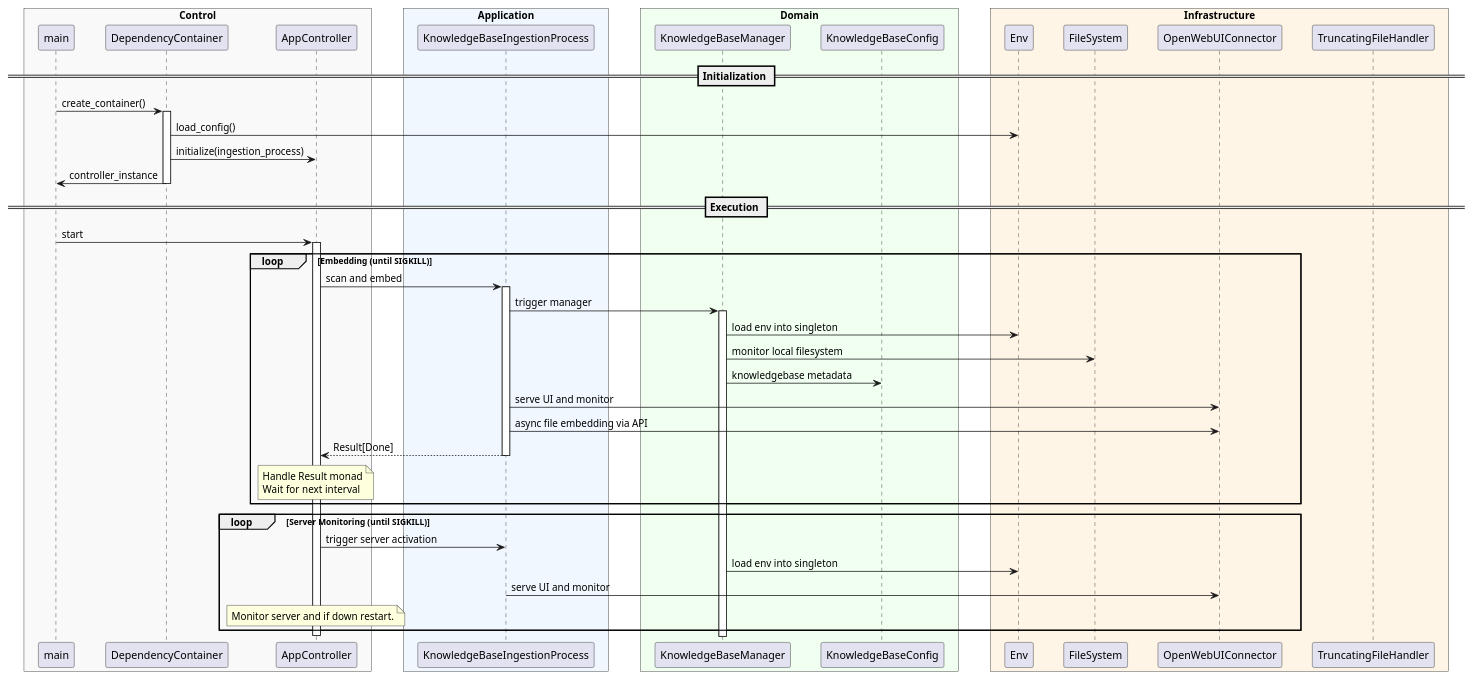
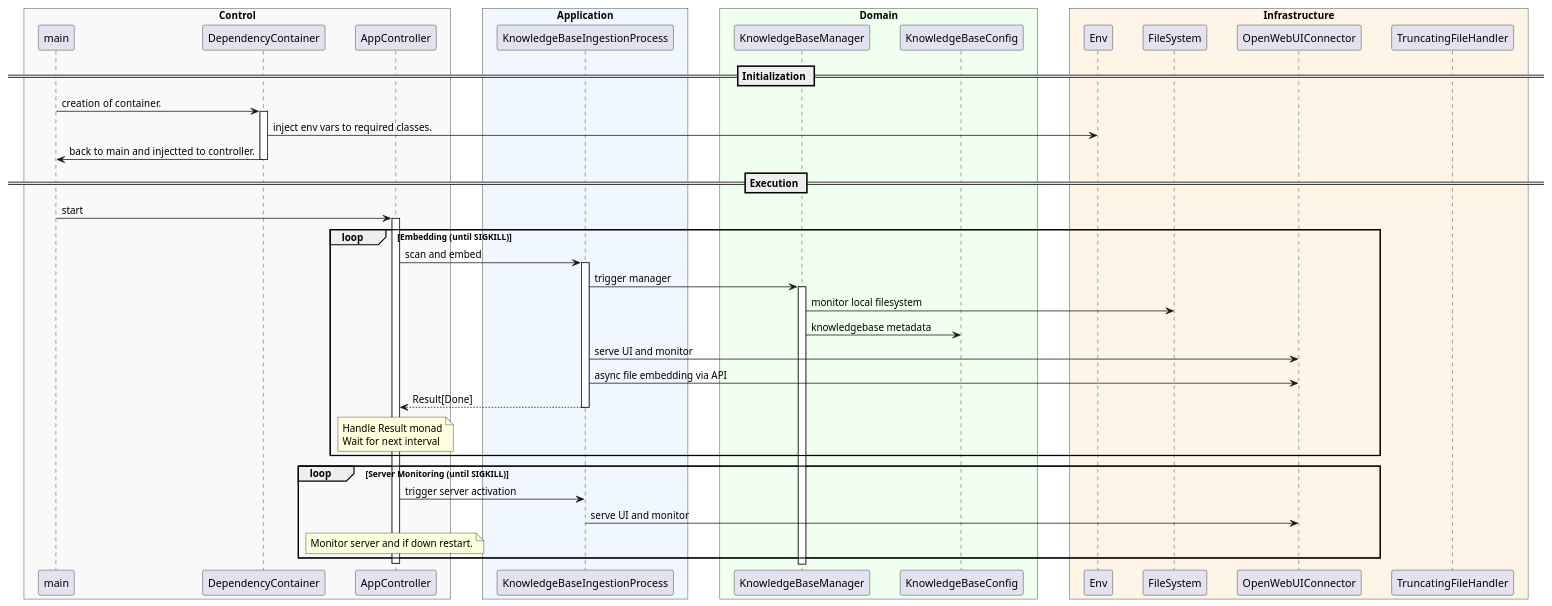
Before and after one commit to CCathlete/PwC_J-ppinen_Ltd_AI_Assistant: the diagram in architecture/architecture.puml, drawn with PlantUML. The commit also changed 2 other files, not shown here.

```diff
--- a/architecture/architecture.puml
+++ b/architecture/architecture.puml
@@ -1,74 +1,72 @@
-@startuml
+@startuml Embedding and Server App
 skinparam Monochrome false
 skinparam BoxPadding 20
 skinparam ParticipantPadding 15
 
 box "Control" #F9F9F9
     participant main
     participant DependencyContainer
     participant AppController
 end box
 
 box "Application" #F0F7FF
     participant KnowledgeBaseIngestionProcess
 end box
 
 box "Domain" #F0FFF0
     participant KnowledgeBaseManager
     participant KnowledgeBaseConfig
 end box
 
 box "Infrastructure" #FFF5E6
     participant Env
     participant FileSystem
     participant OpenWebUIConnector
     participant TruncatingFileHandler
 end box
 
 == Initialization ==
 
-main -> DependencyContainer : create_container()
+main -> DependencyContainer : creation of container.
 activate DependencyContainer
-DependencyContainer -> Env : load_config()
-DependencyContainer -> AppController : initialize(ingestion_process)
-main <- DependencyContainer : controller_instance
+
+DependencyContainer -> Env : inject env vars to required classes.
+main <- DependencyContainer : back to main and injectted to controller.
 deactivate DependencyContainer
 
 == Execution ==
 
 main -> AppController : start
 activate AppController
 
 loop Embedding (until SIGKILL)
     AppController -> KnowledgeBaseIngestionProcess : scan and embed
     activate KnowledgeBaseIngestionProcess
     
     KnowledgeBaseIngestionProcess -> KnowledgeBaseManager : trigger manager
     activate KnowledgeBaseManager
     
-    KnowledgeBaseManager -> Env : load env into singleton
     KnowledgeBaseManager -> FileSystem : monitor local filesystem
     KnowledgeBaseManager -> KnowledgeBaseConfig : knowledgebase metadata
     
 
     KnowledgeBaseIngestionProcess -> OpenWebUIConnector : serve UI and monitor
 
     KnowledgeBaseIngestionProcess -> OpenWebUIConnector : async file embedding via API
     
     KnowledgeBaseIngestionProcess --> AppController : Result[Done]
     deactivate KnowledgeBaseIngestionProcess
     
     note over AppController : Handle Result monad\nWait for next interval
 end
 
 loop Server Monitoring (until SIGKILL)
     AppController -> KnowledgeBaseIngestionProcess : trigger server activation
-    KnowledgeBaseManager -> Env : load env into singleton
     KnowledgeBaseIngestionProcess -> OpenWebUIConnector : serve UI and monitor
 
     
     note over AppController : Monitor server and if down restart.
 end
 
 deactivate AppController
 @enduml
```
